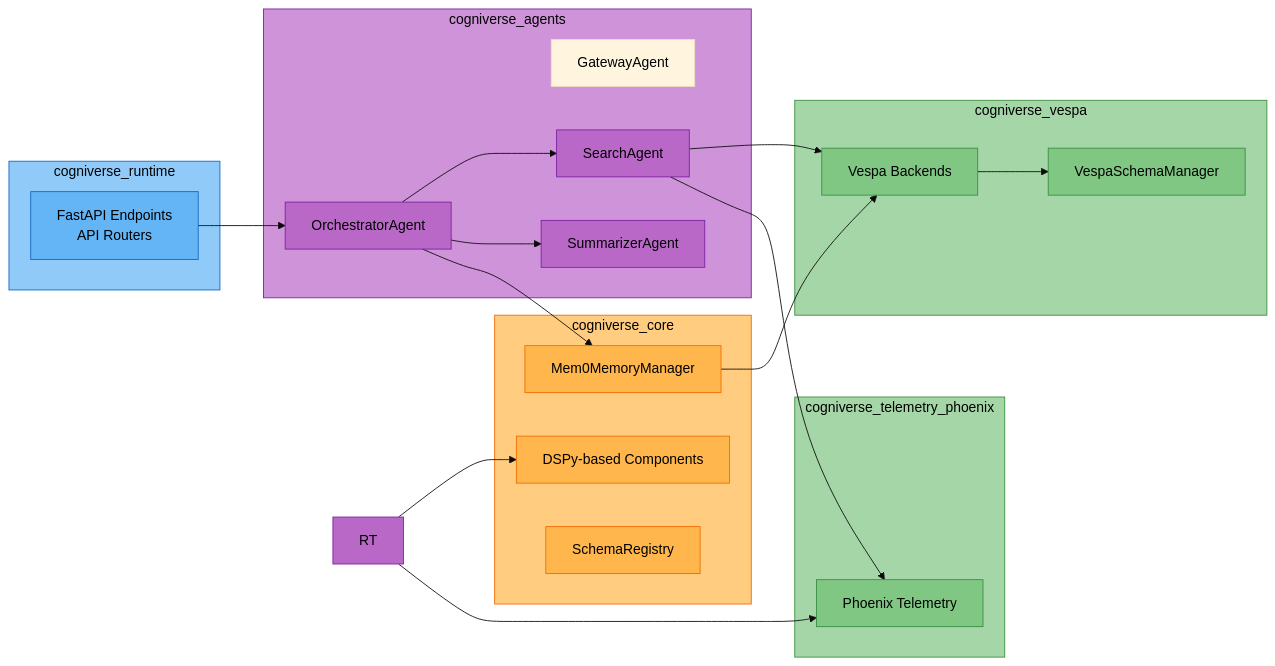
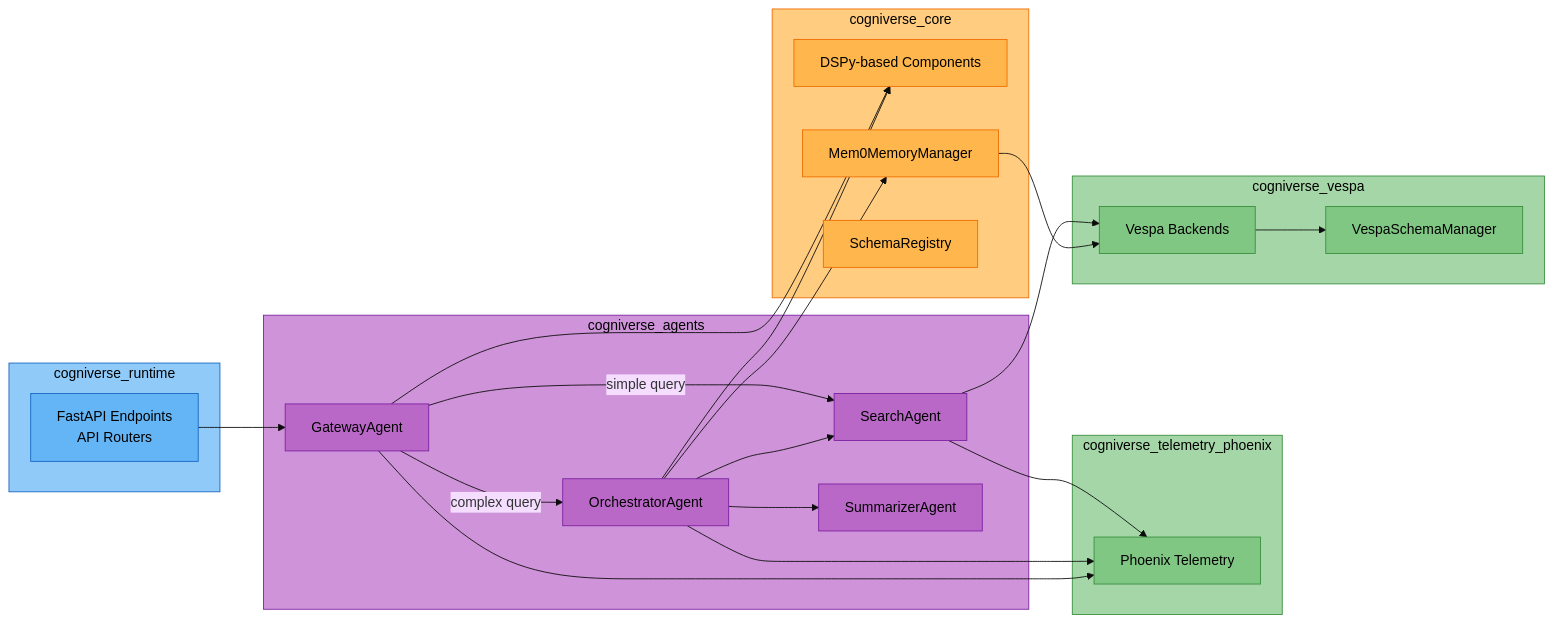
One commit to amit-jain/cogniverse changed the first of 25 diagrams in docs/architecture/system-flows.md. Above: the diagram before and after it, drawn with Mermaid (base theme). The commit also changed other lines of this file and 7 other files, not shown here.

First line of the commit message:
Document all 23 agents and convert diagrams to mermaid

````diff
--- a/docs/architecture/system-flows.md
+++ b/docs/architecture/system-flows.md
@@ -20,59 +21,63 @@
 ```mermaid
 flowchart LR
     subgraph Runtime[<span style='color:#000'>cogniverse_runtime</span>]
         API[<span style='color:#000'>FastAPI Endpoints<br/>API Routers</span>]
     end
 
     subgraph AgentsPkg[<span style='color:#000'>cogniverse_agents</span>]
         GW[<span style='color:#000'>GatewayAgent</span>]
         ORC[<span style='color:#000'>OrchestratorAgent</span>]
         SA[<span style='color:#000'>SearchAgent</span>]
         SUM[<span style='color:#000'>SummarizerAgent</span>]
     end
 
     subgraph CorePkg[<span style='color:#000'>cogniverse_core</span>]
         DSPy[<span style='color:#000'>DSPy-based Components</span>]
         Memory[<span style='color:#000'>Mem0MemoryManager</span>]
         SchemaReg[<span style='color:#000'>SchemaRegistry</span>]
     end
 
     subgraph TelemetryPkg[<span style='color:#000'>cogniverse_telemetry_phoenix</span>]
         Phoenix[<span style='color:#000'>Phoenix Telemetry</span>]
     end
 
     subgraph VespaPkg[<span style='color:#000'>cogniverse_vespa</span>]
         SchemaMgr[<span style='color:#000'>VespaSchemaManager</span>]
         VespaBackend[<span style='color:#000'>Vespa Backends</span>]
     end
 
-    API --> ORC
+    API --> GW
+    GW -->|simple query| SA
+    GW -->|complex query| ORC
     ORC --> SA
     ORC --> SUM
     ORC --> Memory
 
-    RT --> DSPy
-    RT --> Phoenix
+    GW --> DSPy
+    ORC --> DSPy
+    SA --> Phoenix
+    ORC --> Phoenix
+    GW --> Phoenix
 
     SA --> VespaBackend
-    SA --> Phoenix
 
     VespaBackend --> SchemaMgr
     Memory --> VespaBackend
 
     style Runtime fill:#90caf9,stroke:#1565c0,color:#000
     style API fill:#64b5f6,stroke:#1565c0,color:#000
     style AgentsPkg fill:#ce93d8,stroke:#7b1fa2,color:#000
+    style GW fill:#ba68c8,stroke:#7b1fa2,color:#000
     style ORC fill:#ba68c8,stroke:#7b1fa2,color:#000
-    style RT fill:#ba68c8,stroke:#7b1fa2,color:#000
     style SA fill:#ba68c8,stroke:#7b1fa2,color:#000
     style SUM fill:#ba68c8,stroke:#7b1fa2,color:#000
     style CorePkg fill:#ffcc80,stroke:#ef6c00,color:#000
     style DSPy fill:#ffb74d,stroke:#ef6c00,color:#000
     style Memory fill:#ffb74d,stroke:#ef6c00,color:#000
     style SchemaReg fill:#ffb74d,stroke:#ef6c00,color:#000
     style TelemetryPkg fill:#a5d6a7,stroke:#388e3c,color:#000
     style Phoenix fill:#81c784,stroke:#388e3c,color:#000
     style VespaPkg fill:#a5d6a7,stroke:#388e3c,color:#000
     style SchemaMgr fill:#81c784,stroke:#388e3c,color:#000
     style VespaBackend fill:#81c784,stroke:#388e3c,color:#000
 ```
````
